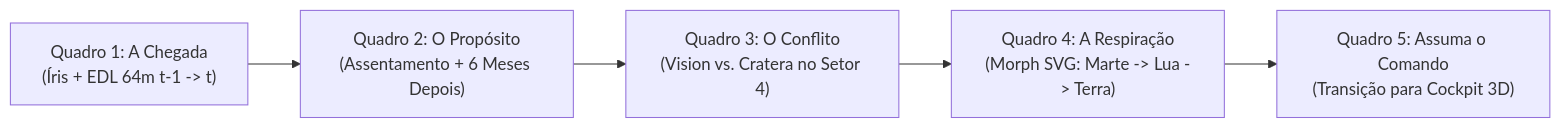
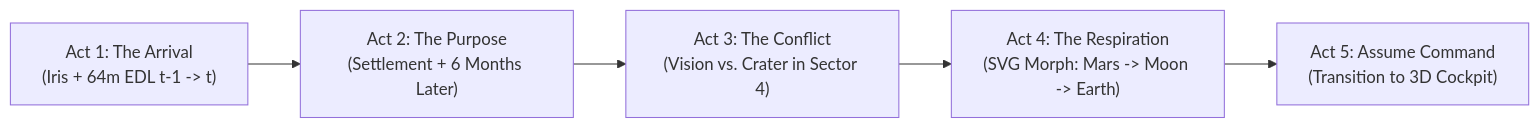
One commit to SunLuiz/Curva_do_Pato changed the first of 2 diagrams in docs/arquitetura_game3d_rover_pilot.md. Above: the diagram before and after it, drawn with Mermaid. The commit also changed other lines of this file and 16 other files, not shown here.

````diff
--- a/docs/arquitetura_game3d_rover_pilot.md
+++ b/docs/arquitetura_game3d_rover_pilot.md
@@ -42,7 +42,7 @@
 ```mermaid
 flowchart LR
-  S1["Quadro 1: A Chegada\n(Íris + EDL 64m t-1 -> t)"] --> S2["Quadro 2: O Propósito\n(Assentamento + 6 Meses Depois)"]
-  S2 --> S3["Quadro 3: O Conflito\n(Vision vs. Cratera no Setor 4)"]
-  S3 --> S4["Quadro 4: A Respiração\n(Morph SVG: Marte -> Lua -> Terra)"]
-  S4 --> S5["Quadro 5: Assuma o Comando\n(Transição para Cockpit 3D)"]
+  S1["Act 1: The Arrival\n(Iris + 64m EDL t-1 -> t)"] --> S2["Act 2: The Purpose\n(Settlement + 6 Months Later)"]
+  S2 --> S3["Act 3: The Conflict\n(Vision vs. Crater in Sector 4)"]
+  S3 --> S4["Act 4: The Respiration\n(SVG Morph: Mars -> Moon -> Earth)"]
+  S4 --> S5["Act 5: Assume Command\n(Transition to 3D Cockpit)"]
 ```
````
